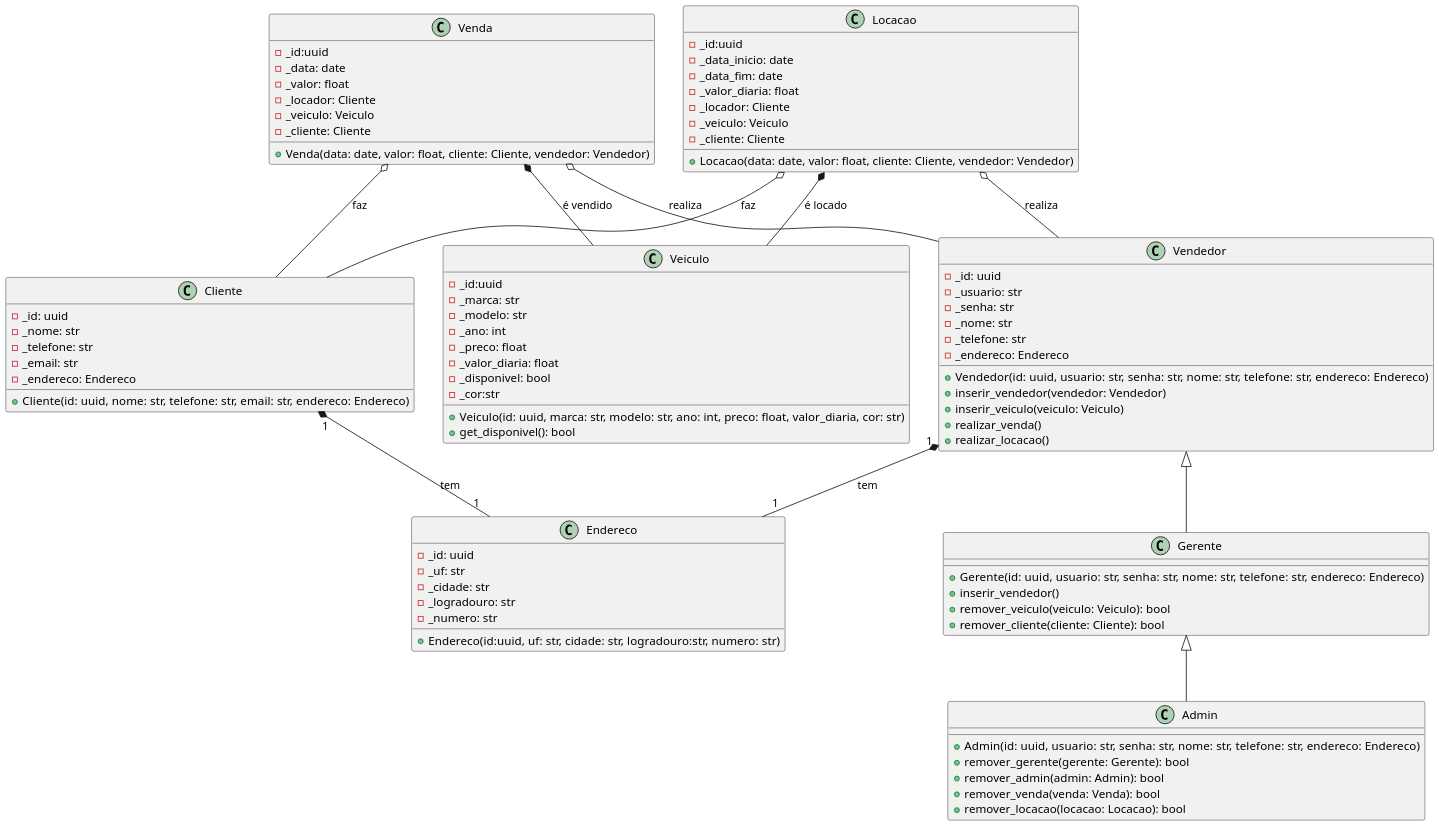
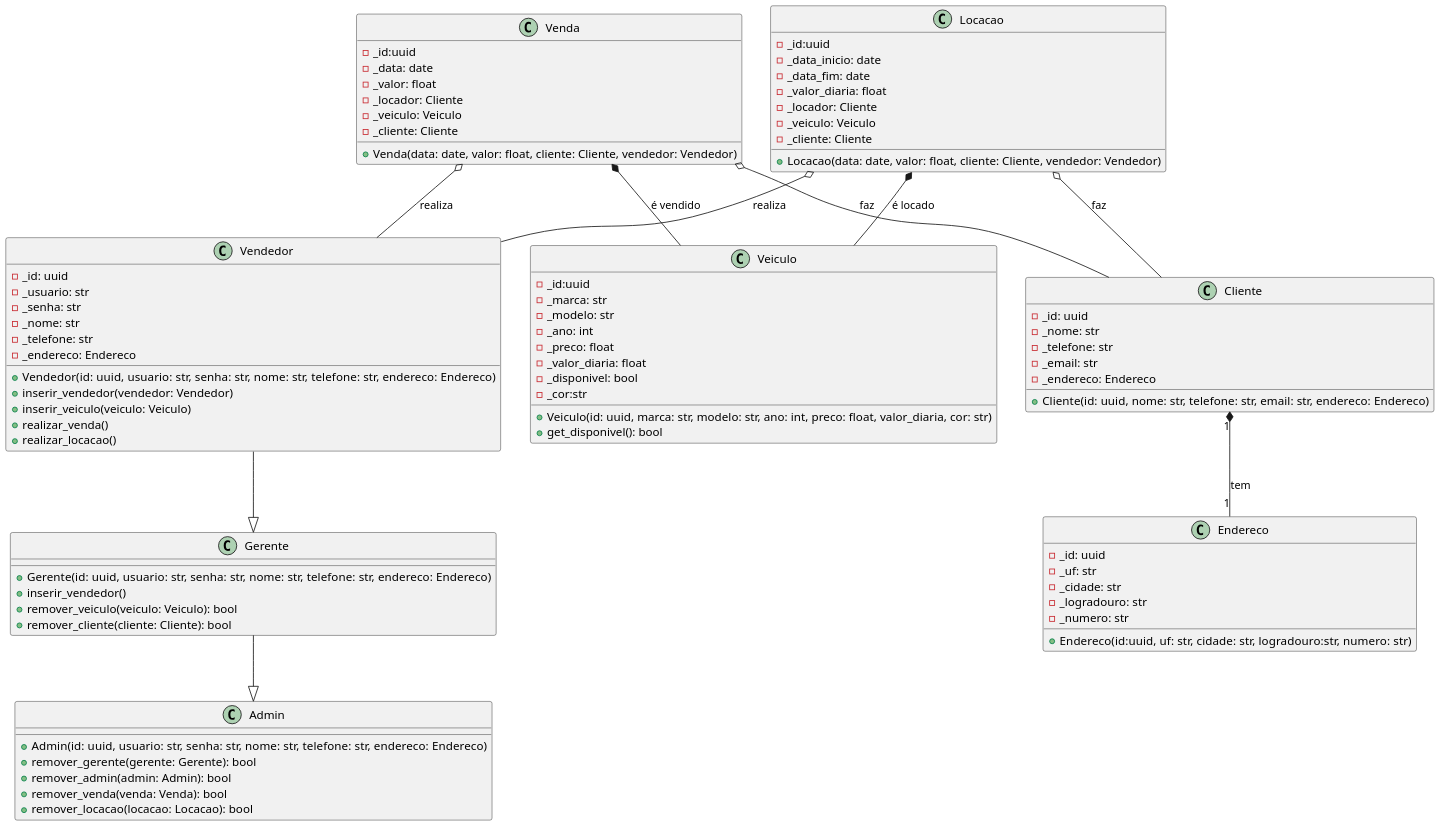
One commit to gabrielraulino/DS-Persist-SmartAuto changed the diagram in Modelagem/Model.puml. Above: the diagram before and after it, drawn with PlantUML. The commit also changed 1 other file, not shown here.

```diff
--- a/Modelagem/Model.puml
+++ b/Modelagem/Model.puml
@@ -1,105 +1,105 @@
 @startuml SmartAuto
 skinparam defaultFontName Hasklig
 skinparam dpi 150
 
 class Vendedor {
   -_id: uuid
   -_usuario: str
   -_senha: str
   -_nome: str
   -_telefone: str
   -_endereco: Endereco
 
   +Vendedor(id: uuid, usuario: str, senha: str, nome: str, telefone: str, endereco: Endereco)
   +inserir_vendedor(vendedor: Vendedor)
   +inserir_veiculo(veiculo: Veiculo)
   +realizar_venda()
   +realizar_locacao()
 }
 
 
 class Gerente {
   +Gerente(id: uuid, usuario: str, senha: str, nome: str, telefone: str, endereco: Endereco)
   +inserir_vendedor()
   +remover_veiculo(veiculo: Veiculo): bool
   +remover_cliente(cliente: Cliente): bool
 }
 
 class Admin {
   +Admin(id: uuid, usuario: str, senha: str, nome: str, telefone: str, endereco: Endereco)
   +remover_gerente(gerente: Gerente): bool
   +remover_admin(admin: Admin): bool
   +remover_venda(venda: Venda): bool
   +remover_locacao(locacao: Locacao): bool
 }
 
 class Cliente {
   -_id: uuid
   -_nome: str
   -_telefone: str
   -_email: str
   -_endereco: Endereco
   
   +Cliente(id: uuid, nome: str, telefone: str, email: str, endereco: Endereco)
   
 }
 
 class Endereco{
   -_id: uuid
   -_uf: str
   -_cidade: str
   -_logradouro: str
   -_numero: str
   +Endereco(id:uuid, uf: str, cidade: str, logradouro:str, numero: str)
 }
 class Venda {
   -_id:uuid
   -_data: date
   -_valor: float
   -_locador: Cliente
   -_veiculo: Veiculo
   -_cliente: Cliente
 
   +Venda(data: date, valor: float, cliente: Cliente, vendedor: Vendedor)
 }
 
 class Locacao {
   -_id:uuid
   -_data_inicio: date
   -_data_fim: date
   -_valor_diaria: float
   -_locador: Cliente
   -_veiculo: Veiculo
   -_cliente: Cliente
 
   +Locacao(data: date, valor: float, cliente: Cliente, vendedor: Vendedor)
 }
 class Veiculo {
   -_id:uuid
   -_marca: str
   -_modelo: str
   -_ano: int
   -_preco: float
   -_valor_diaria: float
   -_disponivel: bool
   -_cor:str
   +Veiculo(id: uuid, marca: str, modelo: str, ano: int, preco: float, valor_diaria, cor: str)
   +get_disponivel(): bool
 }
 
 
 
 
-Vendedor <|-- Gerente
-Gerente <|-- Admin 
+Vendedor --|> Gerente
+Gerente --|> Admin 
 Venda *-- Veiculo : "é vendido"
 Venda o-- Cliente : "faz"
 Venda o-- Vendedor : "realiza"
 
 Locacao *-- Veiculo : "é locado"
 Locacao o-- Cliente : "faz"
 Locacao o-- Vendedor : "realiza"
 
 Cliente "1"*-- "1"Endereco : "tem"
-Vendedor "1"*-- "1" Endereco : "tem"
+' Vendedor "1"*-- "1" Endereco : "tem"
 @enduml
```
